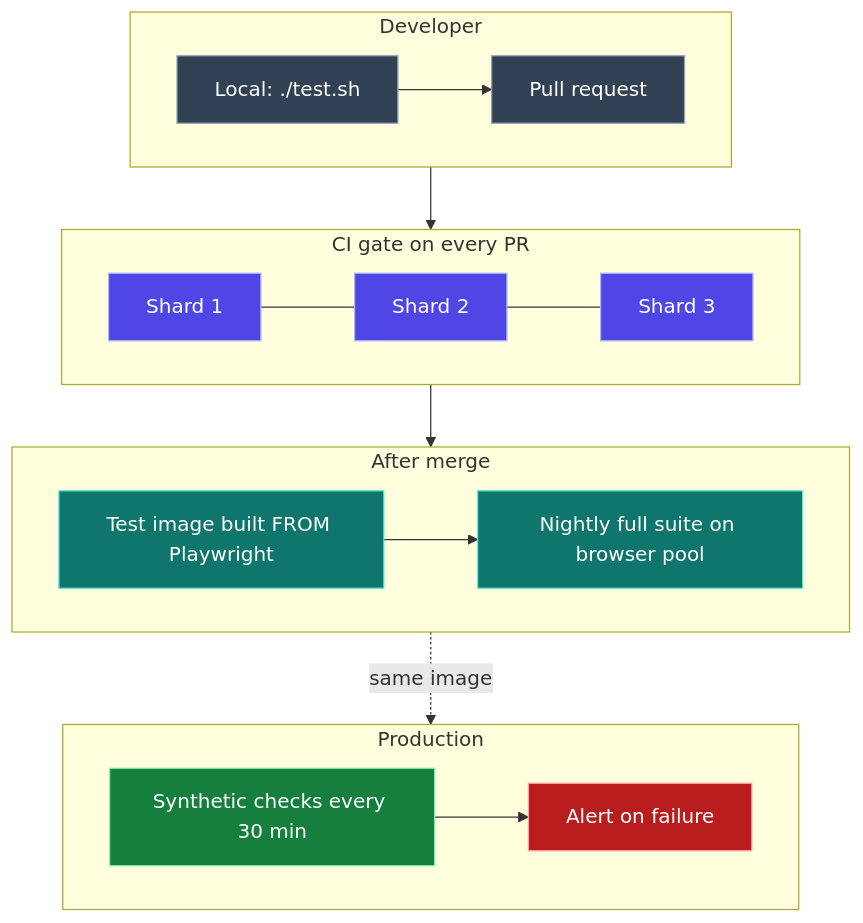
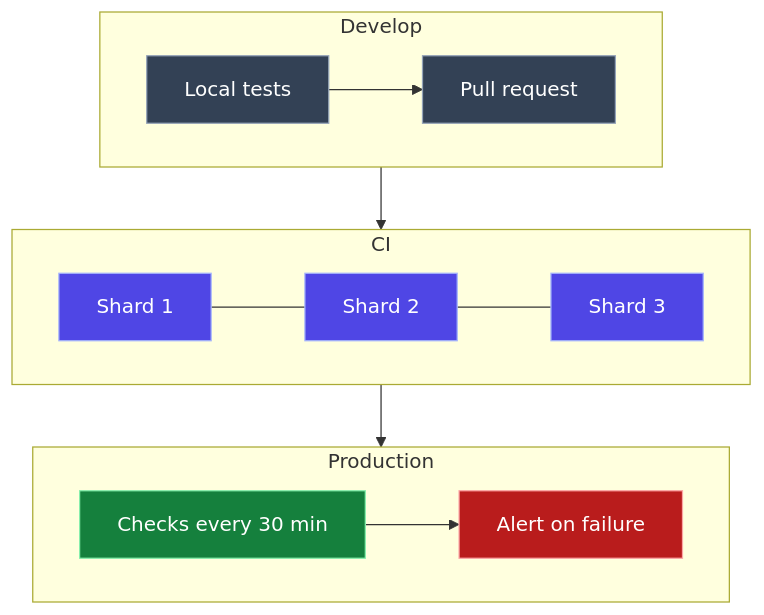
Before and after one commit to mohiadeen-ameer/blogs: the diagram in posts/playwright-container.md, drawn with Mermaid. The commit also changed other lines of this file and 4 other files, not shown here.

````diff
--- a/posts/playwright-container.md
+++ b/posts/playwright-container.md
@@ -359,31 +208,24 @@
 ```mermaid
 flowchart TB
-  subgraph DEV["Developer"]
+  subgraph DEV["Develop"]
     direction LR
-    L[Local: ./test.sh] --> PR[Pull request]
+    L[Local tests] --> PR[Pull request]
   end
-  subgraph GATE["CI gate on every PR"]
+  subgraph CI["CI"]
     direction LR
     S1[Shard 1] --- S2[Shard 2] --- S3[Shard 3]
   end
-  subgraph AFTER["After merge"]
-    direction LR
-    IMG[Test image built FROM Playwright] --> NIGHT[Nightly full suite on browser pool]
-  end
   subgraph PROD["Production"]
     direction LR
-    SYN[Synthetic checks every 30 min] --> ALERT[Alert on failure]
+    SYN[Checks every 30 min] --> ALERT[Alert on failure]
   end
-  DEV --> GATE --> AFTER
-  AFTER -. same image .-> PROD
+  DEV --> CI --> PROD
   classDef dev fill:#334155,stroke:#94a3b8,color:#fff
-  classDef gate fill:#4f46e5,stroke:#a5b4fc,color:#fff
-  classDef after fill:#0f766e,stroke:#5eead4,color:#fff
+  classDef ci fill:#4f46e5,stroke:#a5b4fc,color:#fff
   classDef prod fill:#15803d,stroke:#86efac,color:#fff
   classDef alert fill:#b91c1c,stroke:#fca5a5,color:#fff
   class L,PR dev
-  class S1,S2,S3 gate
-  class IMG,NIGHT after
+  class S1,S2,S3 ci
   class SYN prod
   class ALERT alert
 ```
````
